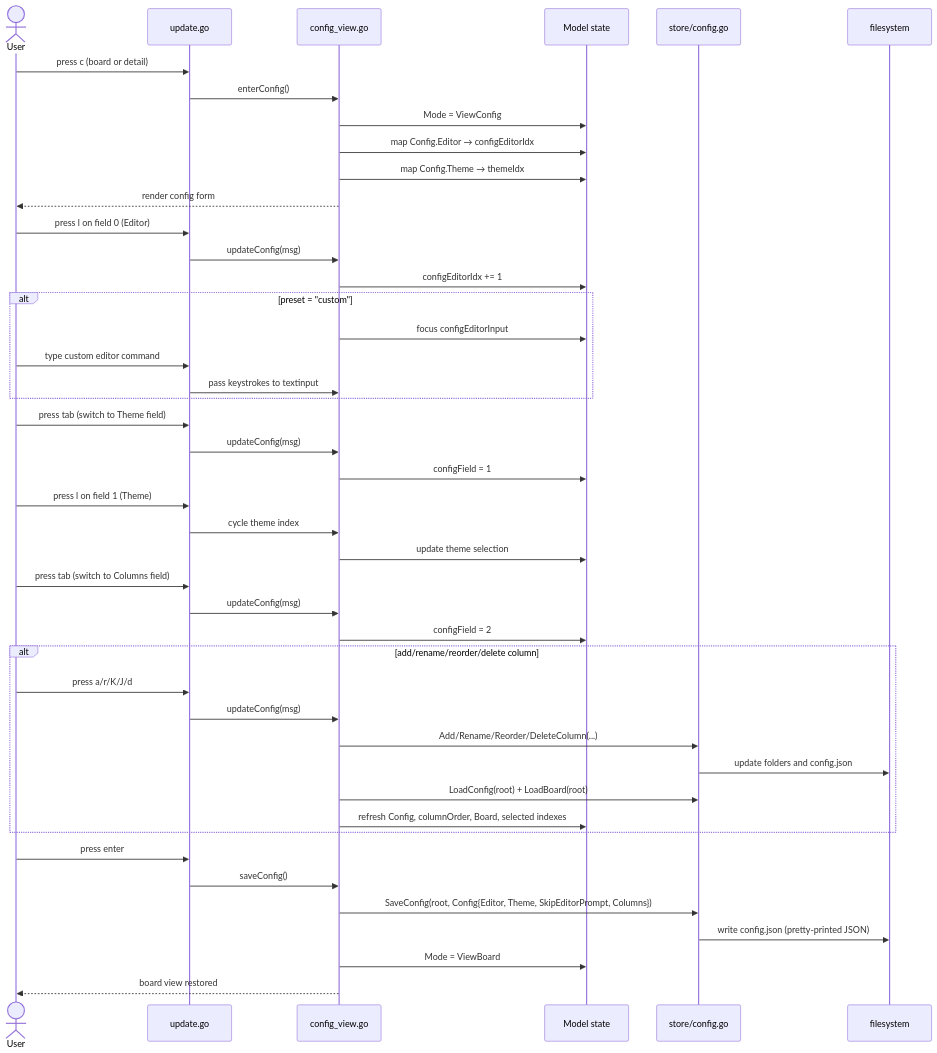
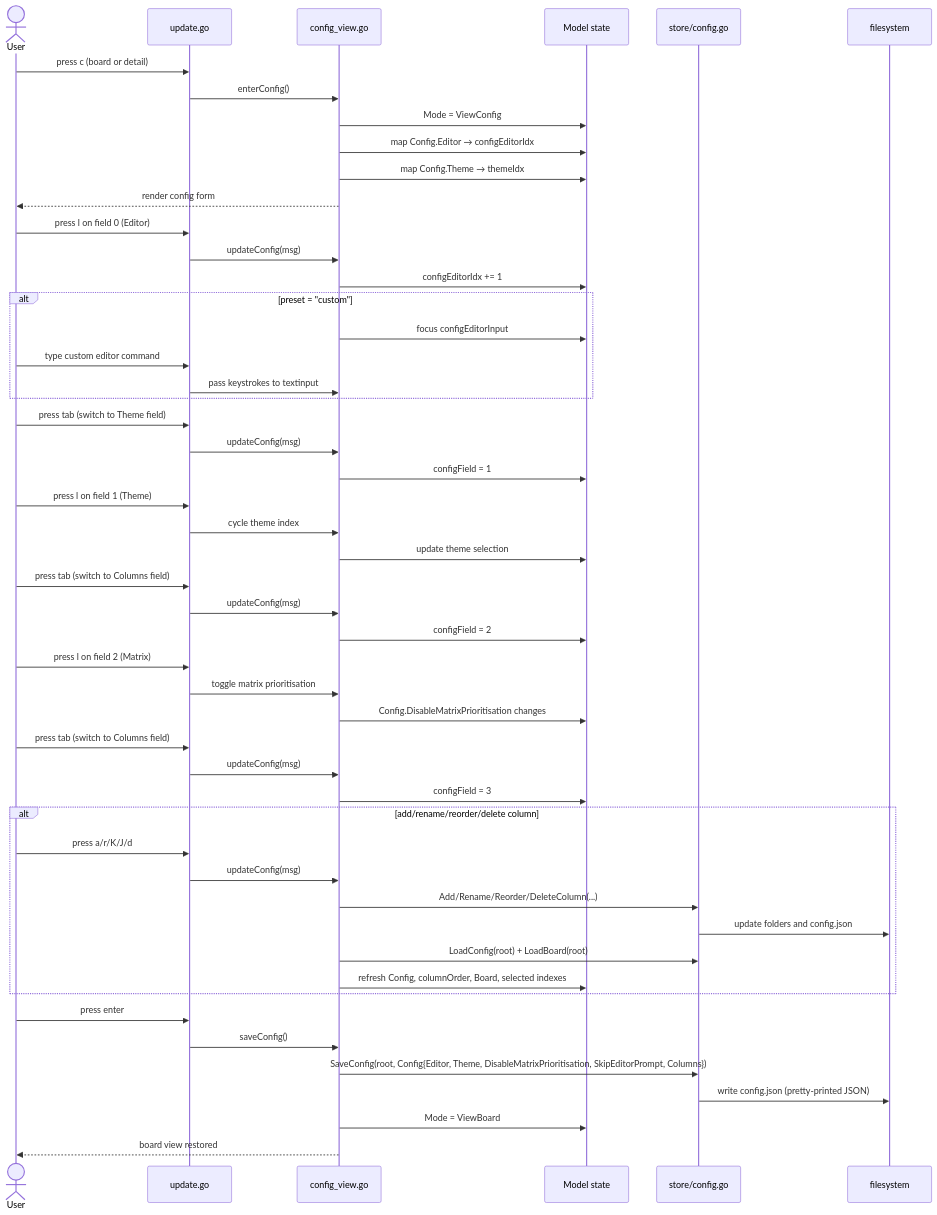
The third of 3 diagrams in docs/flows/configuration.md (dawidsok/tickcats), drawn with Mermaid before and after one commit. The commit also changed other lines of this file and 14 other files, not shown here.

````diff
--- a/docs/flows/configuration.md
+++ b/docs/flows/configuration.md
@@ -83,54 +86,62 @@
 ```mermaid
 sequenceDiagram
     actor User
     participant Update as update.go
     participant ConfigView as config_view.go
     participant Model as Model state
     participant Store as store/config.go
     participant FS as filesystem
 
     User->>Update: press c (board or detail)
     Update->>ConfigView: enterConfig()
     ConfigView->>Model: Mode = ViewConfig
     ConfigView->>Model: map Config.Editor → configEditorIdx
     ConfigView->>Model: map Config.Theme → themeIdx
     ConfigView-->>User: render config form
 
     User->>Update: press l on field 0 (Editor)
     Update->>ConfigView: updateConfig(msg)
     ConfigView->>Model: configEditorIdx += 1
 
     alt preset = "custom"
         ConfigView->>Model: focus configEditorInput
         User->>Update: type custom editor command
         Update->>ConfigView: pass keystrokes to textinput
     end
 
     User->>Update: press tab (switch to Theme field)
     Update->>ConfigView: updateConfig(msg)
     ConfigView->>Model: configField = 1
 
     User->>Update: press l on field 1 (Theme)
     Update->>ConfigView: cycle theme index
     ConfigView->>Model: update theme selection
 
     User->>Update: press tab (switch to Columns field)
     Update->>ConfigView: updateConfig(msg)
     ConfigView->>Model: configField = 2
 
+    User->>Update: press l on field 2 (Matrix)
+    Update->>ConfigView: toggle matrix prioritisation
+    ConfigView->>Model: Config.DisableMatrixPrioritisation changes
+
+    User->>Update: press tab (switch to Columns field)
+    Update->>ConfigView: updateConfig(msg)
+    ConfigView->>Model: configField = 3
+
     alt add/rename/reorder/delete column
         User->>Update: press a/r/K/J/d
         Update->>ConfigView: updateConfig(msg)
         ConfigView->>Store: Add/Rename/Reorder/DeleteColumn(...)
         Store->>FS: update folders and config.json
         ConfigView->>Store: LoadConfig(root) + LoadBoard(root)
         ConfigView->>Model: refresh Config, columnOrder, Board, selected indexes
     end
 
     User->>Update: press enter
     Update->>ConfigView: saveConfig()
-    ConfigView->>Store: SaveConfig(root, Config{Editor, Theme, SkipEditorPrompt, Columns})
+    ConfigView->>Store: SaveConfig(root, Config{Editor, Theme, DisableMatrixPrioritisation, SkipEditorPrompt, Columns})
     Store->>FS: write config.json (pretty-printed JSON)
     ConfigView->>Model: Mode = ViewBoard
     ConfigView-->>User: board view restored
 ```
````
